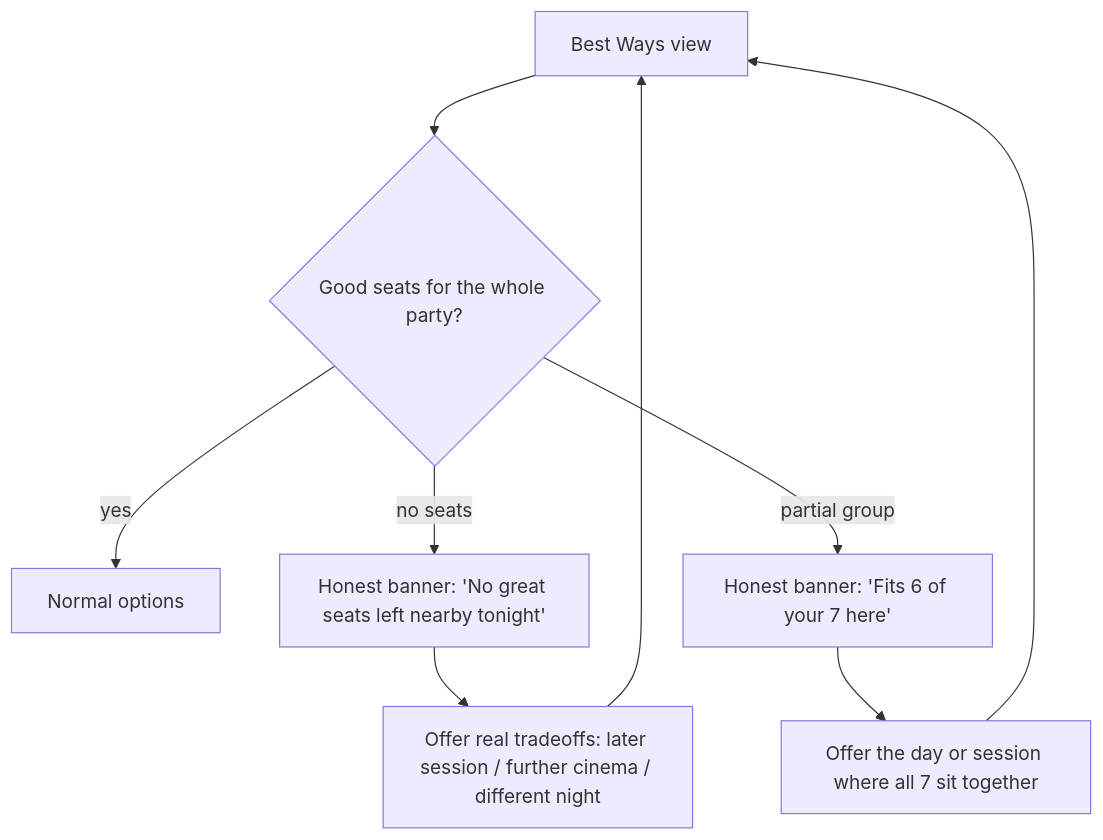
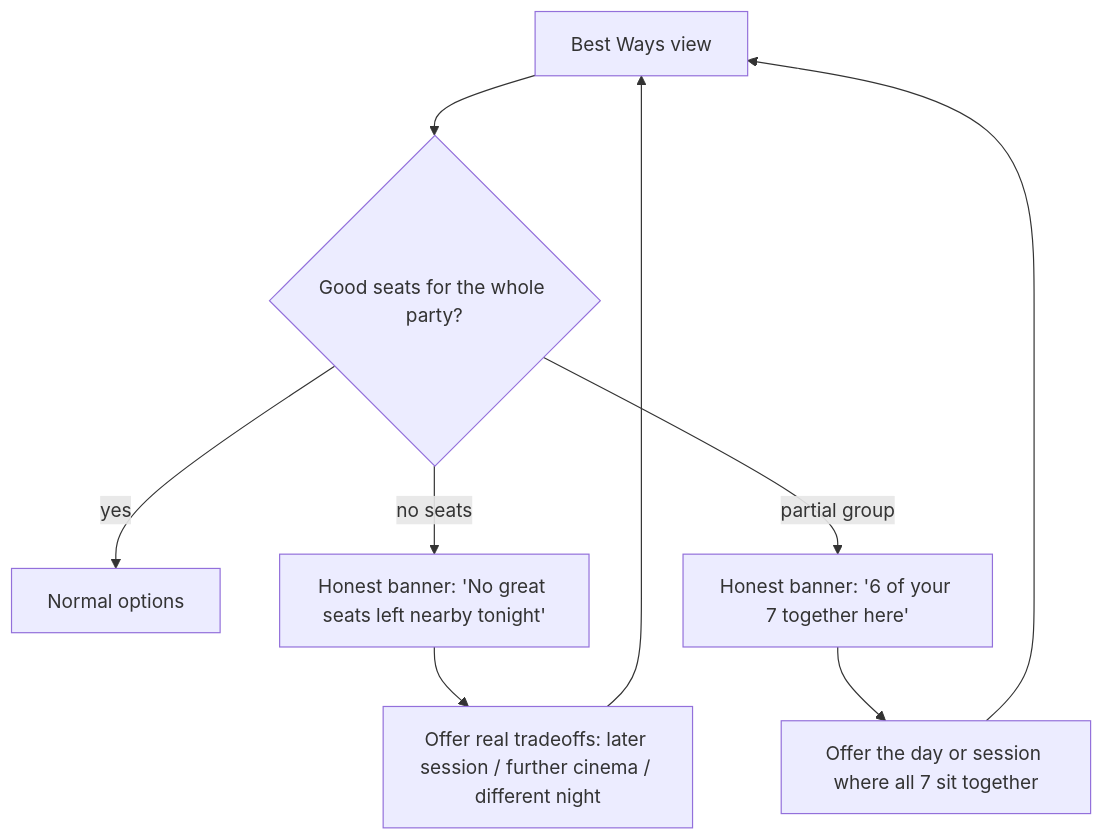
One commit to miloli-git/auscinema-seatfinder changed the fourth of 5 diagrams in design/journey/03-flows-and-concepts.md. Above: the diagram before and after it, drawn with Mermaid. The commit also changed other lines of this file and 4 other files, not shown here.

````diff
--- a/design/journey/03-flows-and-concepts.md
+++ b/design/journey/03-flows-and-concepts.md
@@ -70,11 +71,11 @@
 ```mermaid
 flowchart TD
   A["Best Ways view"] --> B{"Good seats for the whole party?"}
   B -->|yes| C["Normal options"]
   B -->|no seats| D["Honest banner: 'No great seats left nearby tonight'"]
-  B -->|partial group| P["Honest banner: 'Fits 6 of your 7 here'"]
+  B -->|partial group| P["Honest banner: '6 of your 7 together here'"]
   D --> E["Offer real tradeoffs: later session / further cinema / different night"]
   P --> Q["Offer the day or session where all 7 sit together"]
   E --> A
   Q --> A
 ```
````
